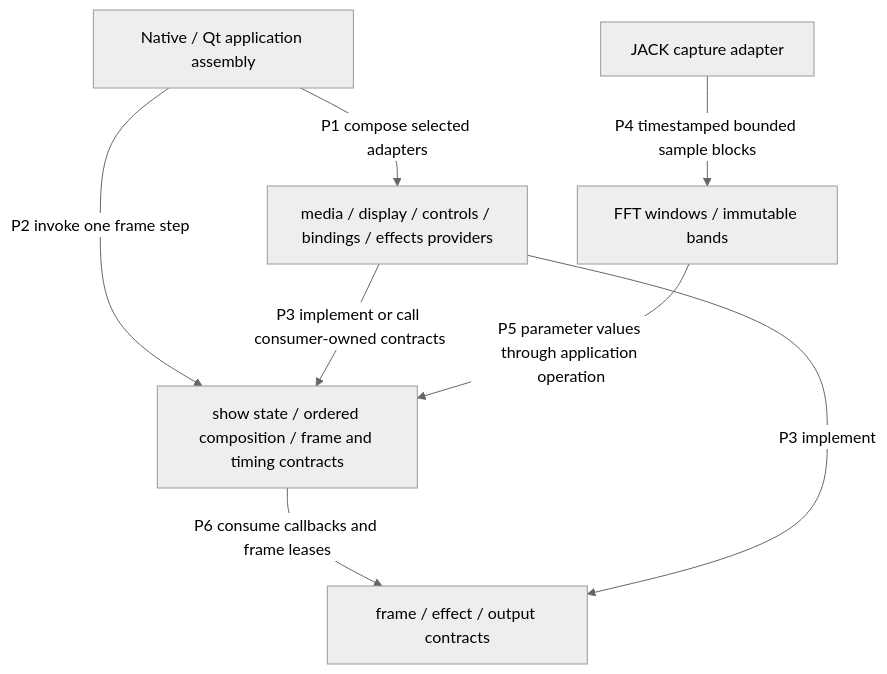
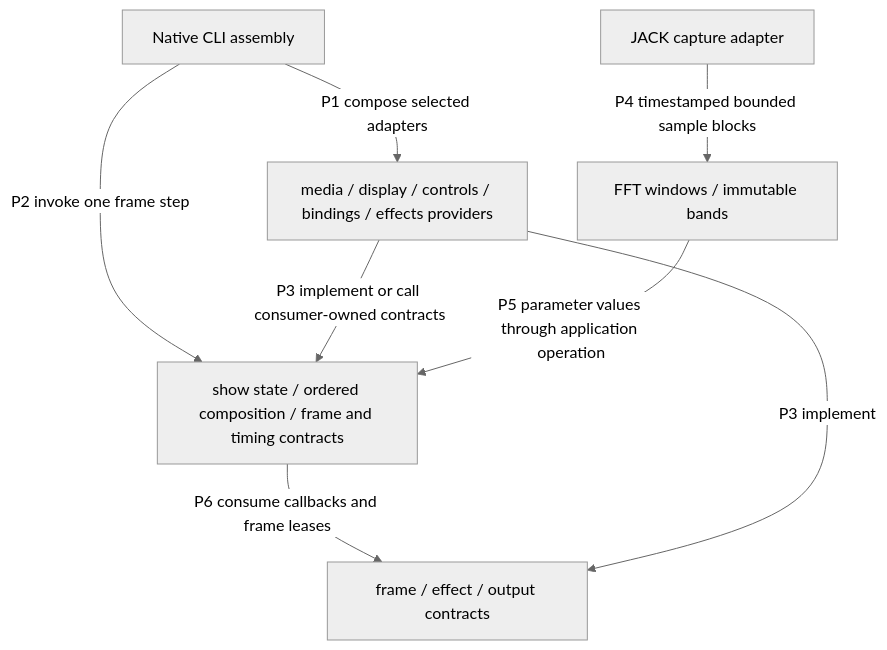
Before and after one commit to dyne/FreeJ: the fourth of 4 diagrams in doc/architecture.md, drawn with Mermaid (neutral theme). The commit also changed other lines of this file and 64 other files, not shown here.

````diff
--- a/doc/architecture.md
+++ b/doc/architecture.md
@@ -223,10 +224,10 @@
 ```mermaid
 flowchart TB
-  CLI[Native / Qt application assembly] -->|P1 compose selected adapters| Adapters[media / display / controls / bindings / effects providers]
+  CLI[Native CLI assembly] -->|P1 compose selected adapters| Adapters[media / display / controls / bindings / effects providers]
   CLI -->|P2 invoke one frame step| Core[show state / ordered composition / frame and timing contracts]
   Adapters -->|P3 implement or call consumer-owned contracts| Core
   Capture[JACK capture adapter] -->|P4 timestamped bounded sample blocks| Analysis[FFT windows / immutable bands]
   Analysis -->|P5 parameter values through application operation| Core
   Core -->|P6 consume callbacks and frame leases| Contracts[frame / effect / output contracts]
   Adapters -->|P3 implement| Contracts
 ```
````
